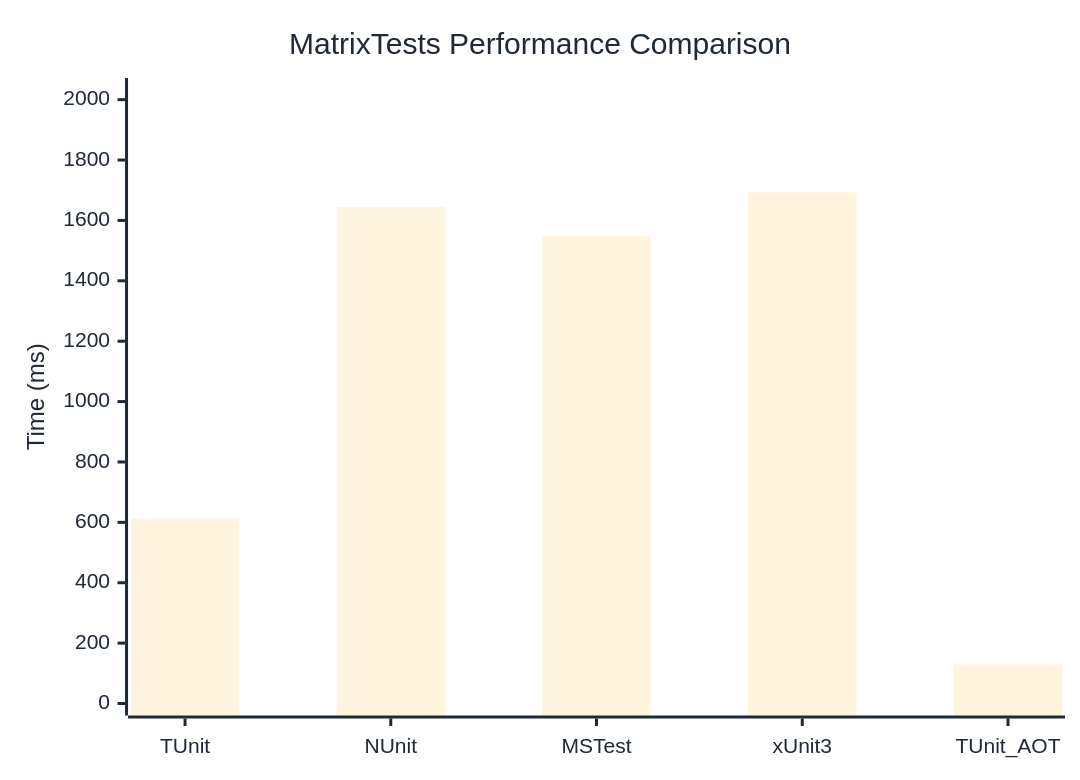
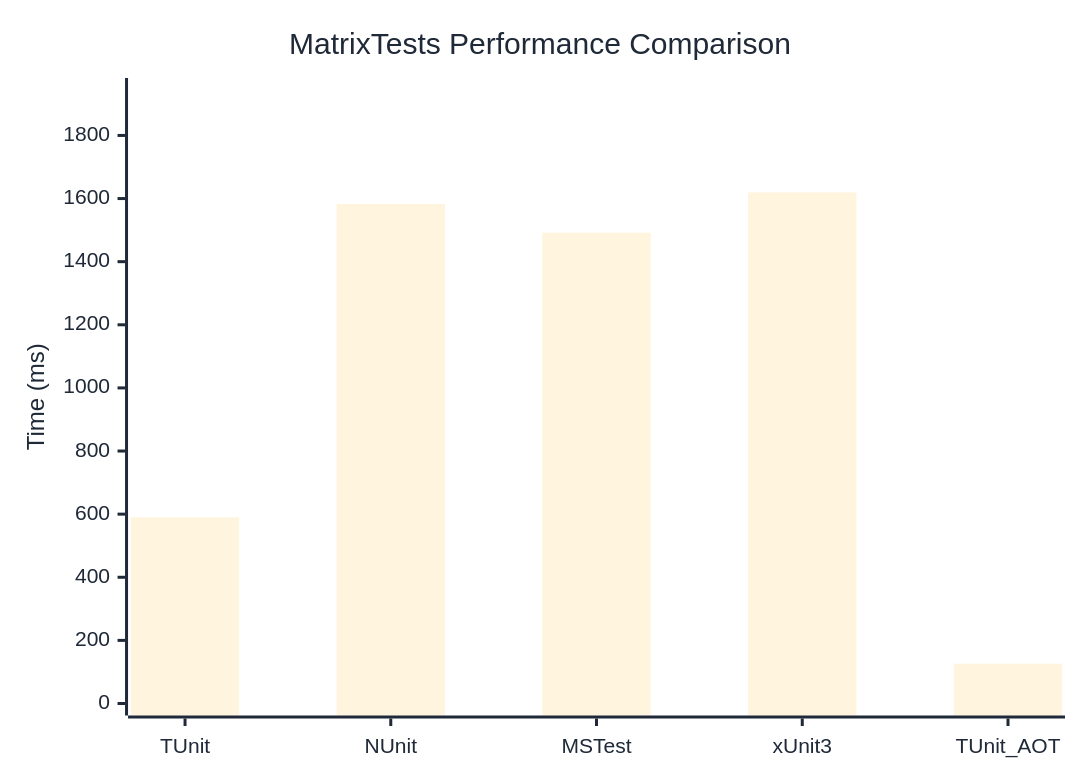
One commit to thomhurst/TUnit changed the diagram in docs/docs/benchmarks/MatrixTests.md. Above: the diagram before and after it, drawn with Mermaid. The commit also changed other lines of this file and 17 other files, not shown here.

````diff
--- a/docs/docs/benchmarks/MatrixTests.md
+++ b/docs/docs/benchmarks/MatrixTests.md
@@ -27,37 +27,37 @@
 ```mermaid
 %%{init: {
   'theme':'base',
   'themeVariables': {
     'primaryColor': '#2563eb',
     'primaryTextColor': '#1f2937',
     'primaryBorderColor': '#1e40af',
     'lineColor': '#6b7280',
     'secondaryColor': '#7c3aed',
     'tertiaryColor': '#dc2626',
     'background': '#ffffff',
     'mainBkg': '#2563eb',
     'secondBkg': '#7c3aed',
     'tertiaryBkg': '#dc2626',
     'clusterBkg': '#f3f4f6',
     'edgeLabelBackground': '#ffffff',
     'tertiaryTextColor': '#1f2937',
     'pie1': '#2563eb',
     'pie2': '#7c3aed',
     'pie3': '#dc2626',
     'pie4': '#f59e0b',
     'pie5': '#10b981',
     'pie6': '#06b6d4',
     'pie7': '#ec4899',
     'pie8': '#6366f1',
     'pie9': '#84cc16',
     'pie10': '#f97316',
     'pie11': '#14b8a6',
     'pie12': '#a855f7'
   }
 }}%%
 xychart-beta
   title "MatrixTests Performance Comparison"
   x-axis ["TUnit", "NUnit", "MSTest", "xUnit3", "TUnit_AOT"]
-  y-axis "Time (ms)" 0 --> 2032
-  bar [612.8, 1644.4, 1548.6, 1692.8, 129]
+  y-axis "Time (ms)" 0 --> 1944
+  bar [590, 1582.9, 1491.7, 1619.5, 126.1]
 ```
````
